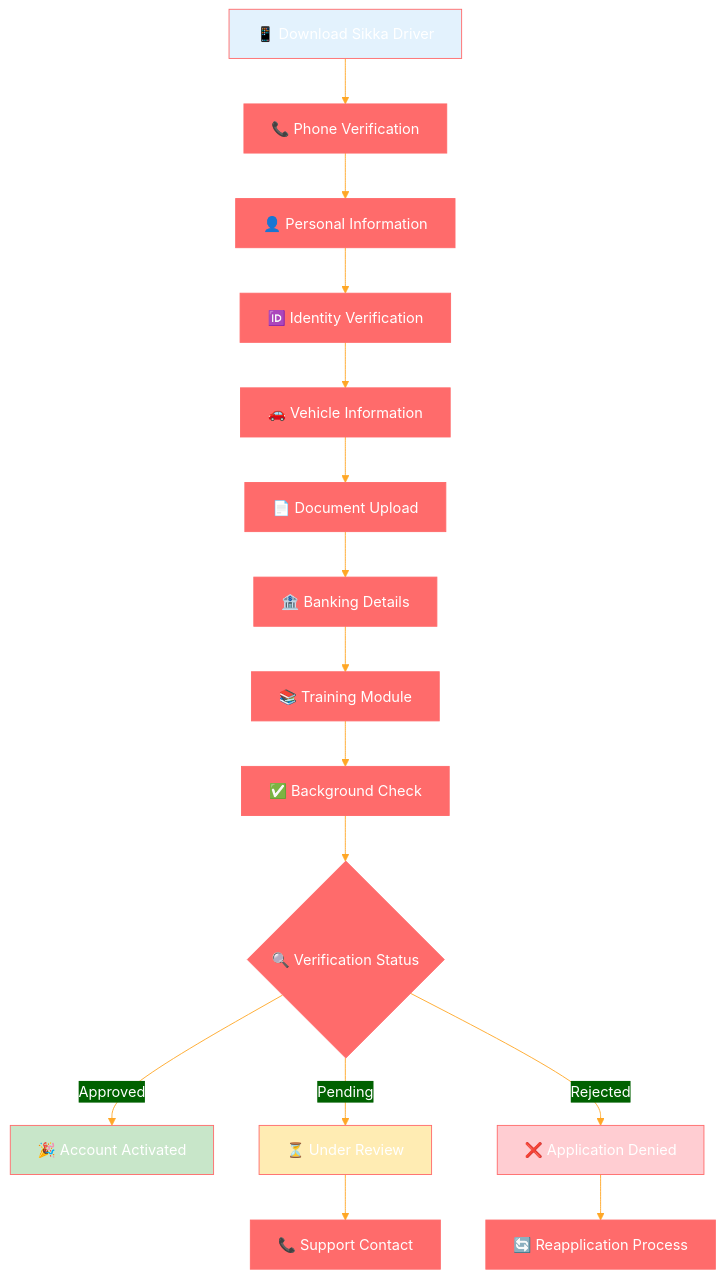
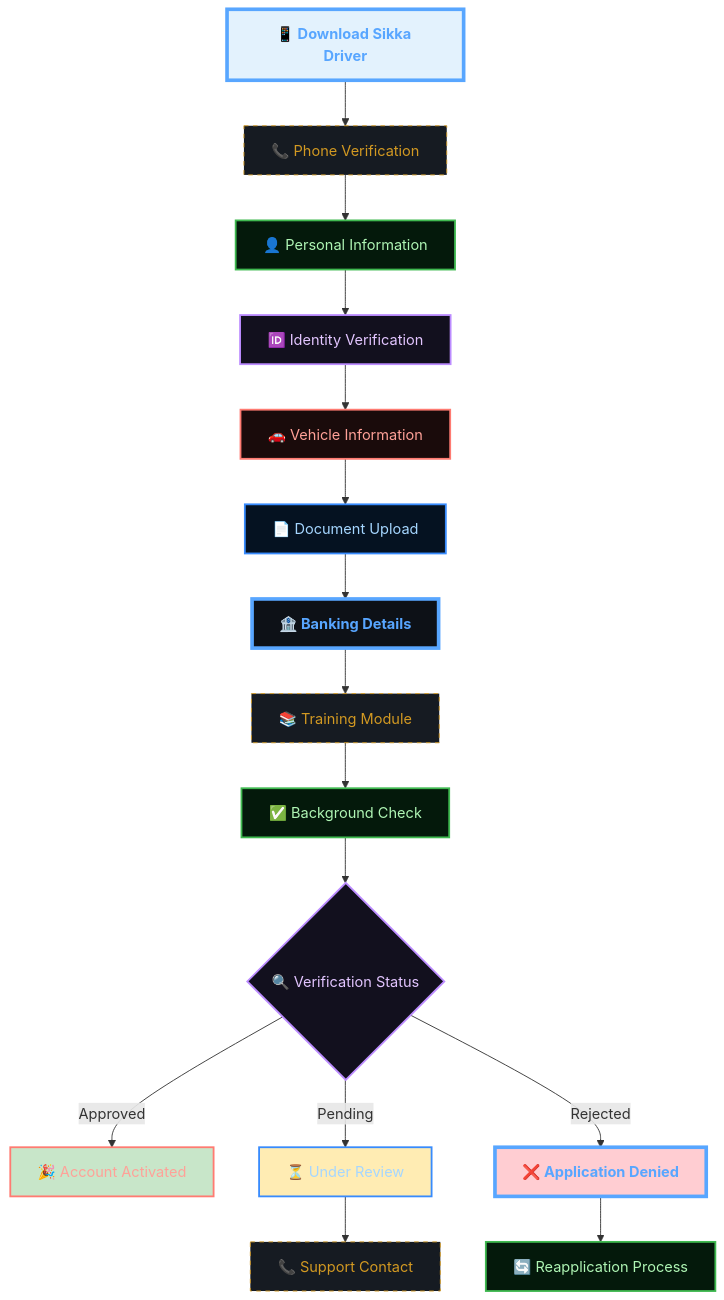
Before and after one commit to abdoElHodaky/transportapp: the first of 20 diagrams in docs/user-journeys/driver-flow.md, drawn with Mermaid. The commit also changed other lines of this file and 9 other files, not shown here.

````diff
--- a/docs/user-journeys/driver-flow.md
+++ b/docs/user-journeys/driver-flow.md
@@ -39,24 +39,61 @@
 ```mermaid
-%%{init: {'theme':'base', 'themeVariables': {'primaryColor':'#ff6b6b','primaryTextColor':'#fff','primaryBorderColor':'#ff6b6b','lineColor':'#ffa726','sectionBkgColor':'#ff6b6b','altSectionBkgColor':'#fff','gridColor':'#fff','secondaryColor':'#006100','tertiaryColor':'#fff'}}}%%
 flowchart TD
     A[📱 Download Sikka Driver] --> B[📞 Phone Verification]
     B --> C[👤 Personal Information]
     C --> D[🆔 Identity Verification]
     D --> E[🚗 Vehicle Information]
     E --> F[📄 Document Upload]
     F --> G[🏦 Banking Details]
     G --> H[📚 Training Module]
     H --> I[✅ Background Check]
     I --> J{🔍 Verification Status}
     J -->|Approved| K[🎉 Account Activated]
     J -->|Pending| L[⏳ Under Review]
     J -->|Rejected| M[❌ Application Denied]
     
     L --> N[📞 Support Contact]
     M --> O[🔄 Reapplication Process]
     
     style A fill:#e3f2fd
     style K fill:#c8e6c9
     style L fill:#ffecb3
     style M fill:#ffcdd2
+
+    %% --- DARK GRADIENT & GLOW STYLING ---
+    
+    %% Main Dashboard (Neon Cyan/Blue)
+    classDef main fill:#0d1117,stroke:#58a6ff,stroke-width:4px,color:#58a6ff,font-weight:bold;
+    
+    %% Decision Diamond (Gold Glow)
+    classDef decision fill:#161b22,stroke:#d29922,color:#d29922,stroke-dasharray: 5 5;
+    
+    %% Revenue (Emerald Gradient Style)
+    classDef revNode fill:#04190b,stroke:#3fb950,color:#aff5b4,stroke-width:2px;
+    
+    %% Commission (Purple Gradient Style)
+    classDef commNode fill:#12101e,stroke:#bc8cff,color:#e2c5ff,stroke-width:2px;
+    
+    %% Refund (Ruby Gradient Style)
+    classDef refNode fill:#1a0b0b,stroke:#ff7b72,color:#ffa198,stroke-width:2px;
+    
+    %% Earnings (Sapphire Gradient Style)
+    classDef earnNode fill:#051221,stroke:#388bfd,color:#a5d6ff,stroke-width:2px;
+
+    class A main;
+    class B decision;
+    class C revNode;
+    class D commNode;
+    class E refNode;
+    class F earnNode;
+    class G main;
+    class H decision;
+    class I revNode;
+    class J commNode;
+    class K refNode;
+    class L earnNode;
+    class M main;
+    class N decision;
+    class O revNode;
+    class P commNode;
+    class R refNode;
 ```
````
